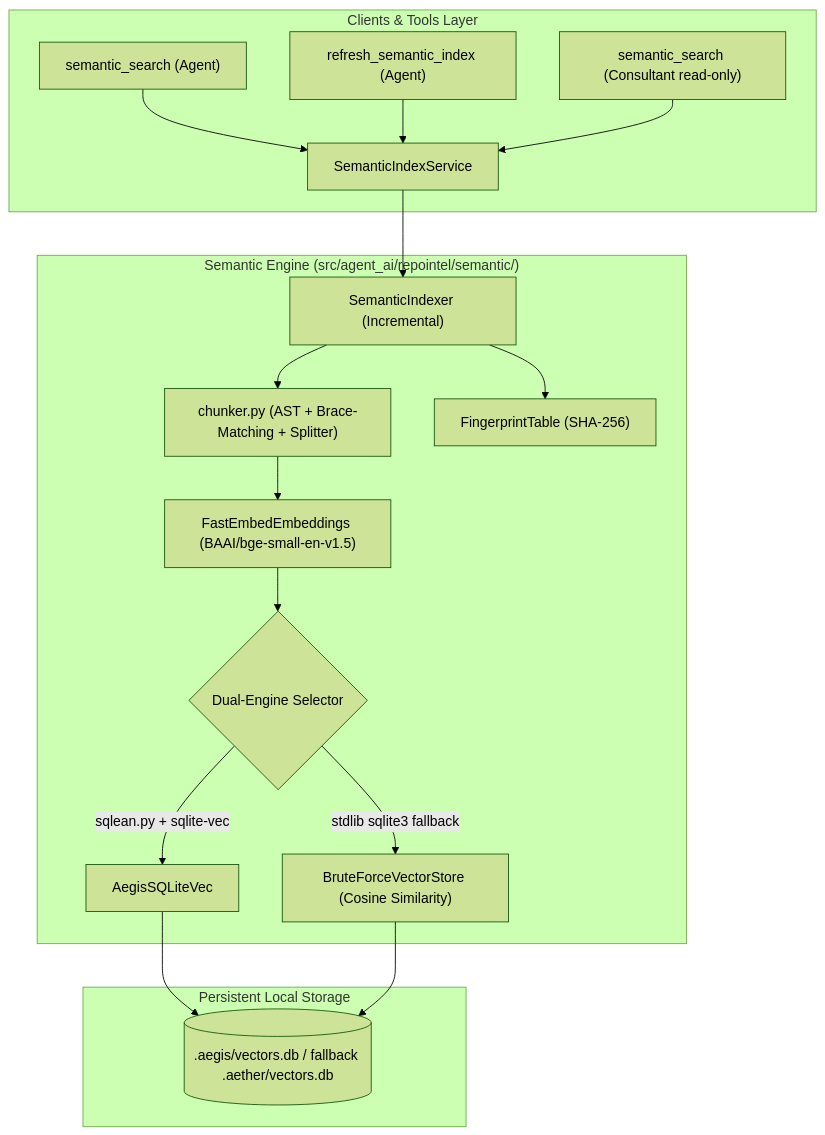
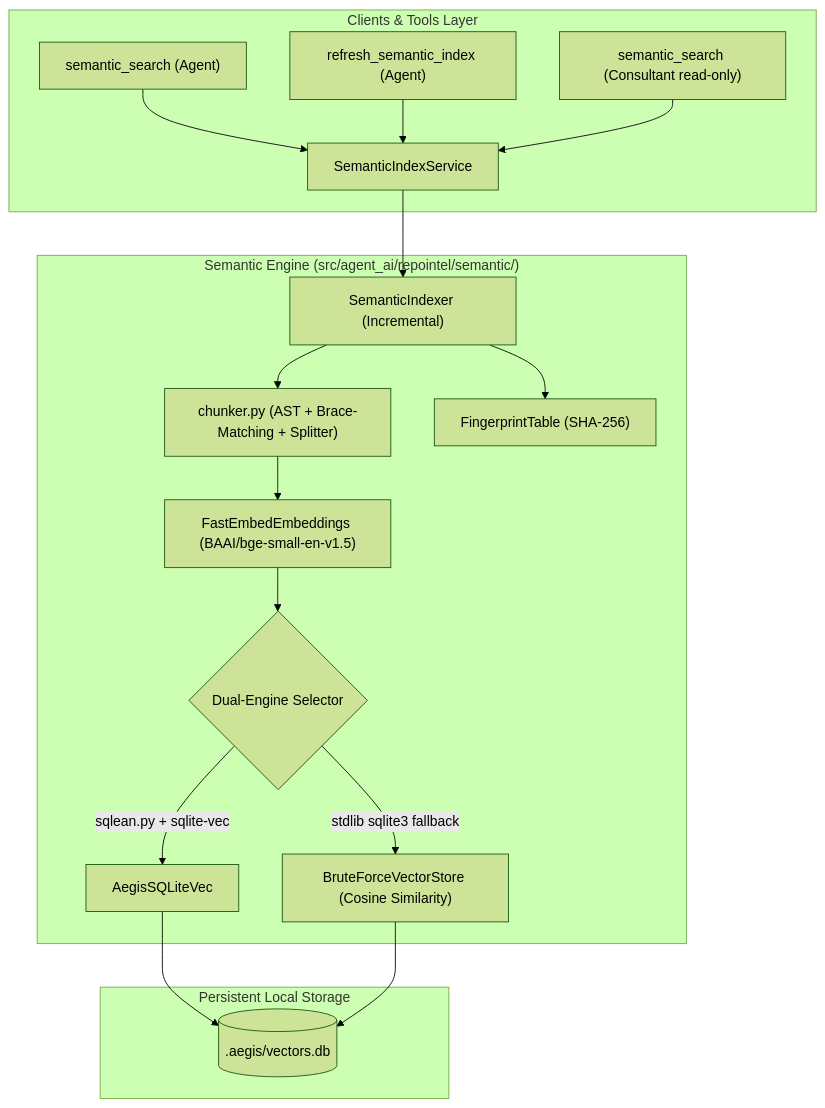
The third of 4 diagrams in docs/architecture.md (aditlab-code/aegiscode), drawn with Mermaid (forest theme) before and after one commit. The commit also changed other lines of this file and 71 other files, not shown here.

````diff
--- a/docs/architecture.md
+++ b/docs/architecture.md
@@ -138,23 +138,23 @@
 ```mermaid
 flowchart TD
     subgraph ClientAndTools ["Clients & Tools Layer"]
         A_TOOL["semantic_search (Agent)"] --> SVC["SemanticIndexService"]
         R_TOOL["refresh_semantic_index (Agent)"] --> SVC
         C_TOOL["semantic_search (Consultant read-only)"] --> SVC
     end
 
     subgraph CoreSemanticEngine ["Semantic Engine (src/agent_ai/repointel/semantic/)"]
         SVC --> IDX["SemanticIndexer (Incremental)"]
         IDX --> CHK["chunker.py (AST + Brace-Matching + Splitter)"]
         IDX --> FP["FingerprintTable (SHA-256)"]
         CHK --> EMB["FastEmbedEmbeddings (BAAI/bge-small-en-v1.5)"]
         EMB --> STORE{"Dual-Engine Selector"}
         STORE -->|"sqlean.py + sqlite-vec"| VEC["AegisSQLiteVec"]
         STORE -->|"stdlib sqlite3 fallback"| BF["BruteForceVectorStore (Cosine Similarity)"]
     end
 
     subgraph LocalStorage ["Persistent Local Storage"]
-        VEC --> DB[(".aegis/vectors.db / fallback .aether/vectors.db")]
+        VEC --> DB[(".aegis/vectors.db")]
         BF --> DB
     end
 ```
````
